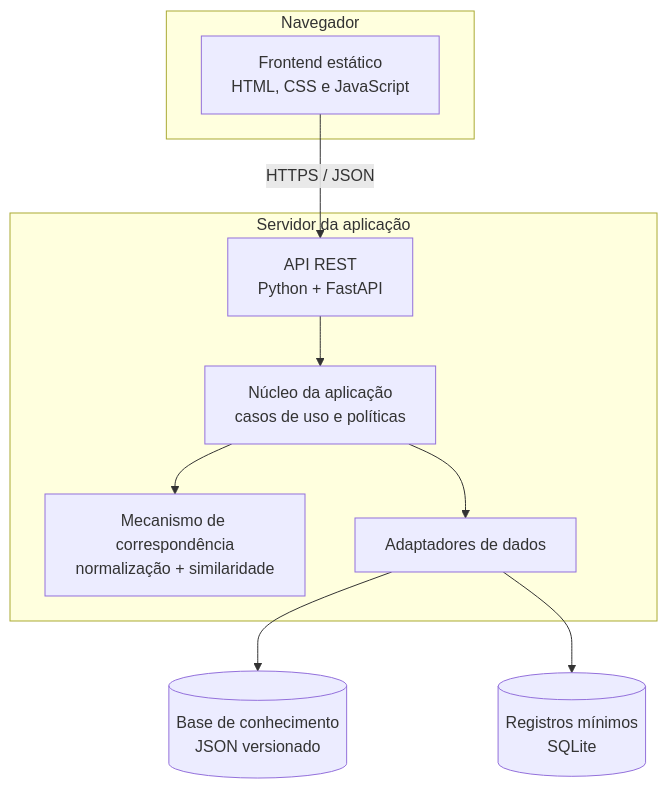
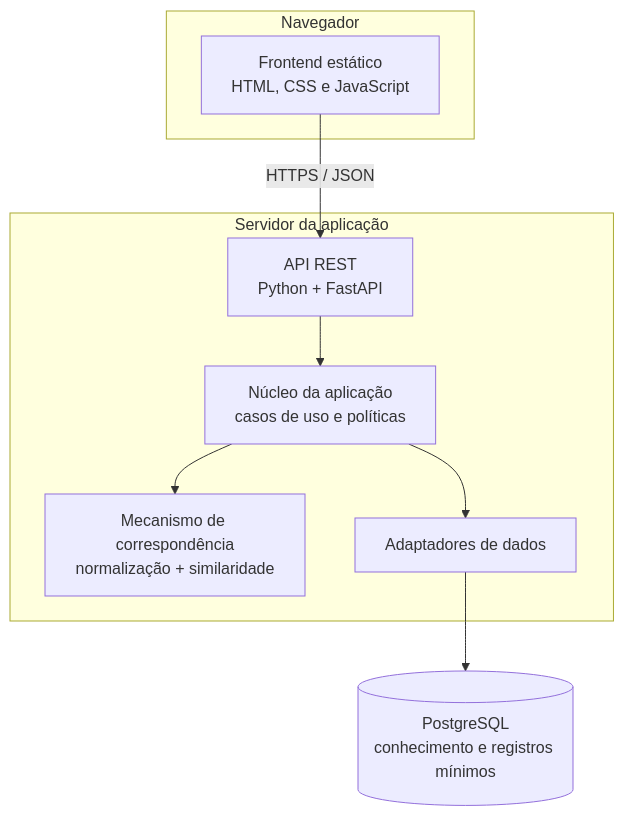
Before and after one commit to walkermooore/chatbot-aginov: the second of 7 diagrams in docs/ARQUITETURA.md, drawn with Mermaid. The commit also changed other lines of this file and 3 other files, not shown here.

Commit message:
docs: adota PostgreSQL na arquitetura

````diff
--- a/docs/ARQUITETURA.md
+++ b/docs/ARQUITETURA.md
@@ -60,23 +60,21 @@
 ```mermaid
 flowchart TB
     subgraph Browser[Navegador]
         UI[Frontend estático<br/>HTML, CSS e JavaScript]
     end
 
     subgraph Server[Servidor da aplicação]
         API[API REST<br/>Python + FastAPI]
         CORE[Núcleo da aplicação<br/>casos de uso e políticas]
         NLP[Mecanismo de correspondência<br/>normalização + similaridade]
         REPO[Adaptadores de dados]
     end
 
-    KB[(Base de conhecimento<br/>JSON versionado)]
-    DB[(Registros mínimos<br/>SQLite)]
+    DB[(PostgreSQL<br/>conhecimento e registros mínimos)]
 
     UI -->|HTTPS / JSON| API
     API --> CORE
     CORE --> NLP
     CORE --> REPO
-    REPO --> KB
     REPO --> DB
 ```
````
